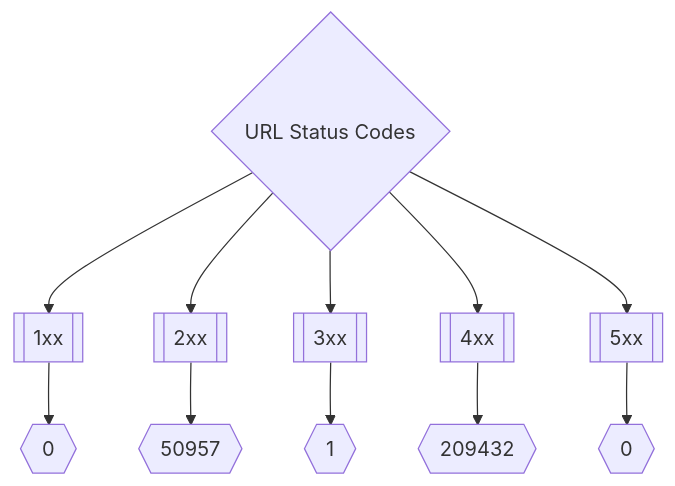
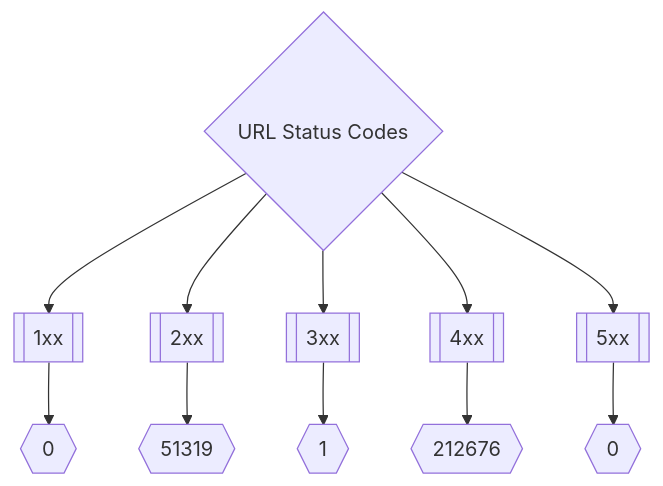
The second of 3 diagrams in README.md (trickest/inventory), drawn with Mermaid before and after one commit. The commit also changed other lines of this file and 118 other files, not shown here.

````diff
--- a/README.md
+++ b/README.md
@@ -173,8 +173,8 @@
 ```mermaid
 graph TD
 title{URL Status Codes} --> 1xx[[1xx]] --> status1xxNum{{0}}
-title --> 2xx[[2xx]] --> status2xxNum{{50957}}
+title --> 2xx[[2xx]] --> status2xxNum{{51319}}
 title --> 3xx[[3xx]] --> status3xxNum{{1}}
-title --> 4xx[[4xx]] --> status4xxNum{{209432}}
+title --> 4xx[[4xx]] --> status4xxNum{{212676}}
 title --> 5xx[[5xx]] --> status5xxNum{{0}}
 ```
````
